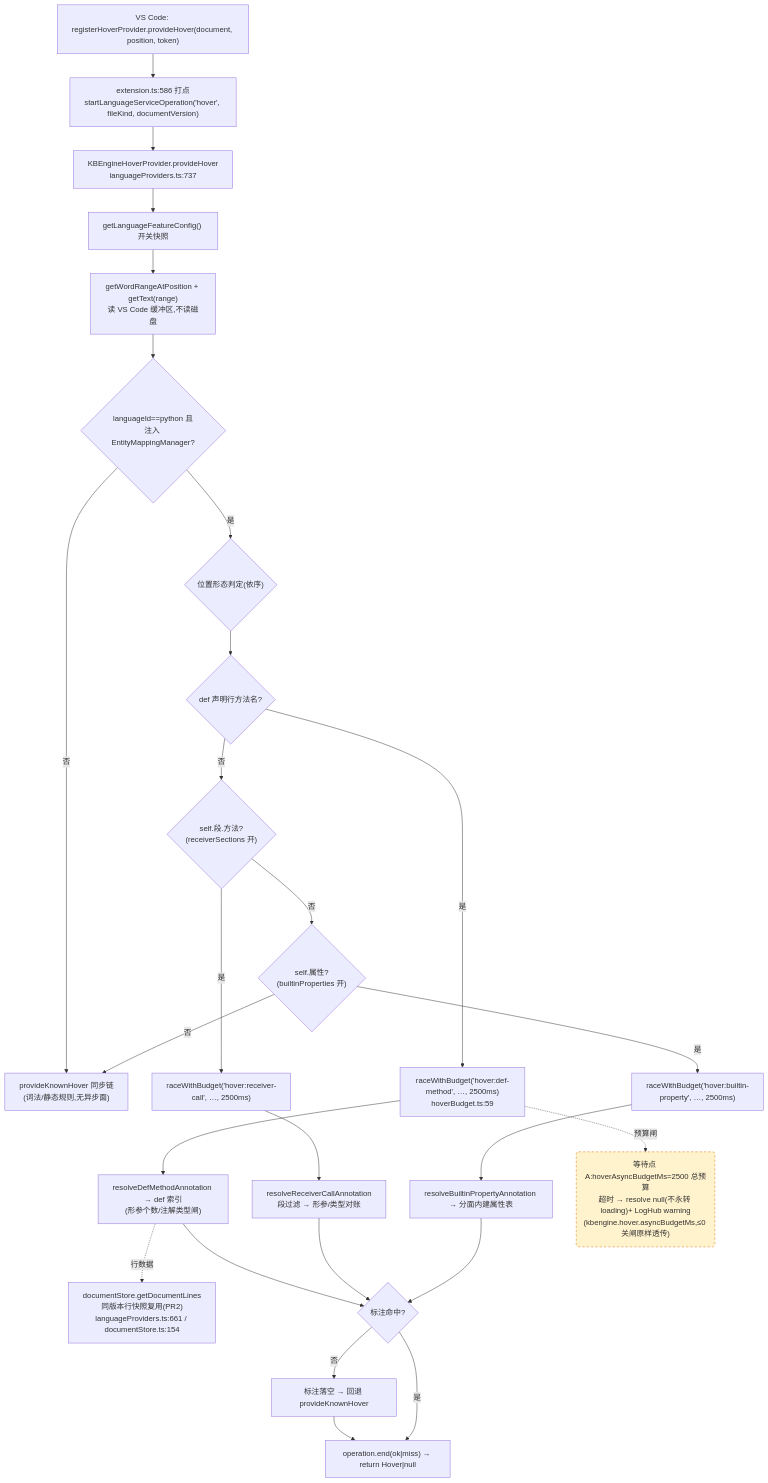
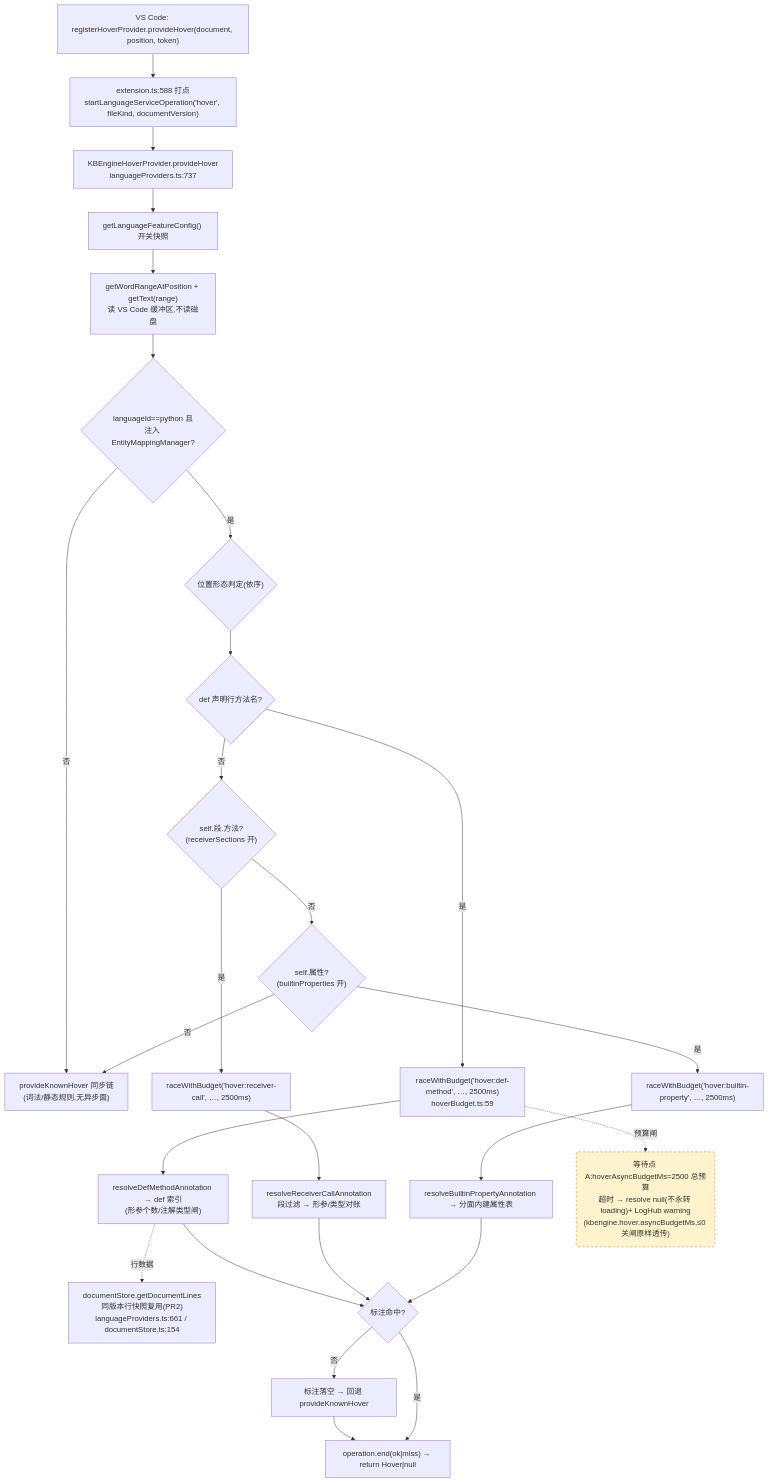
The first of 4 diagrams in docs/perf/2026-baseline.md (cuihairu/kode), drawn with Mermaid before and after one commit. The commit also changed other lines of this file and 6 other files, not shown here.

````diff
--- a/docs/perf/2026-baseline.md
+++ b/docs/perf/2026-baseline.md
@@ -82,45 +82,45 @@
 ```mermaid
 flowchart TD
   VC1["VS Code: registerHoverProvider.provideHover(document, position, token)"]
-  M1["extension.ts:586 打点<br/>startLanguageServiceOperation('hover', fileKind, documentVersion)"]
+  M1["extension.ts:588 打点<br/>startLanguageServiceOperation('hover', fileKind, documentVersion)"]
   HP["KBEngineHoverProvider.provideHover<br/>languageProviders.ts:737"]
   CFG["getLanguageFeatureConfig() 开关快照"]
   WORD["getWordRangeAtPosition + getText(range)<br/>读 VS Code 缓冲区,不读磁盘"]
   BR{"languageId==python 且<br/>注入 EntityMappingManager?"}
   KN["provideKnownHover 同步链<br/>(词法/静态规则,无异步面)"]
   POS{"位置形态判定(依序)"}
   D1{"def 声明行方法名?"}
   D2{"self.段.方法?<br/>(receiverSections 开)"}
   D3{"self.属性?<br/>(builtinProperties 开)"}
   RA1["raceWithBudget('hover:def-method', …, 2500ms)<br/>hoverBudget.ts:59"]
   RA2["raceWithBudget('hover:receiver-call', …, 2500ms)"]
   RA3["raceWithBudget('hover:builtin-property', …, 2500ms)"]
   RS1["resolveDefMethodAnnotation → def 索引<br/>(形参个数/注解类型闸)"]
   RS2["resolveReceiverCallAnnotation<br/>段过滤 → 形参/类型对账"]
   RS3["resolveBuiltinPropertyAnnotation → 分面内建属性表"]
   LINES["documentStore.getDocumentLines<br/>同版本行快照复用(PR2)<br/>languageProviders.ts:661 / documentStore.ts:154"]
   MISS["标注落空 → 回退 provideKnownHover"]
   END1["operation.end(ok|miss) → return Hover|null"]
 
   VC1 --> M1 --> HP --> CFG --> WORD --> BR
   BR -- "否" --> KN
   BR -- "是" --> POS --> D1
   D1 -- "是" --> RA1 --> RS1
   D1 -- "否" --> D2
   D2 -- "是" --> RA2 --> RS2
   D2 -- "否" --> D3
   D3 -- "是" --> RA3 --> RS3
   D3 -- "否" --> KN
   RS1 --> HIT{"标注命中?"}
   RS2 --> HIT
   RS3 --> HIT
   RS1 -.->|行数据| LINES
   HIT -- "否" --> MISS --> END1
   HIT -- "是" --> END1
 
   WAITA("等待点 A:hoverAsyncBudgetMs=2500 总预算<br/>超时 → resolve null(不永转 loading)+ LogHub warning<br/>(kbengine.hover.asyncBudgetMs,≤0 关闸原样透传)")
   RA1 -.->|预算闸| WAITA
 
   classDef waitPoint fill:#fff3cd,stroke:#d97706,stroke-dasharray:5 4;
   class WAITA waitPoint;
 ```
````
